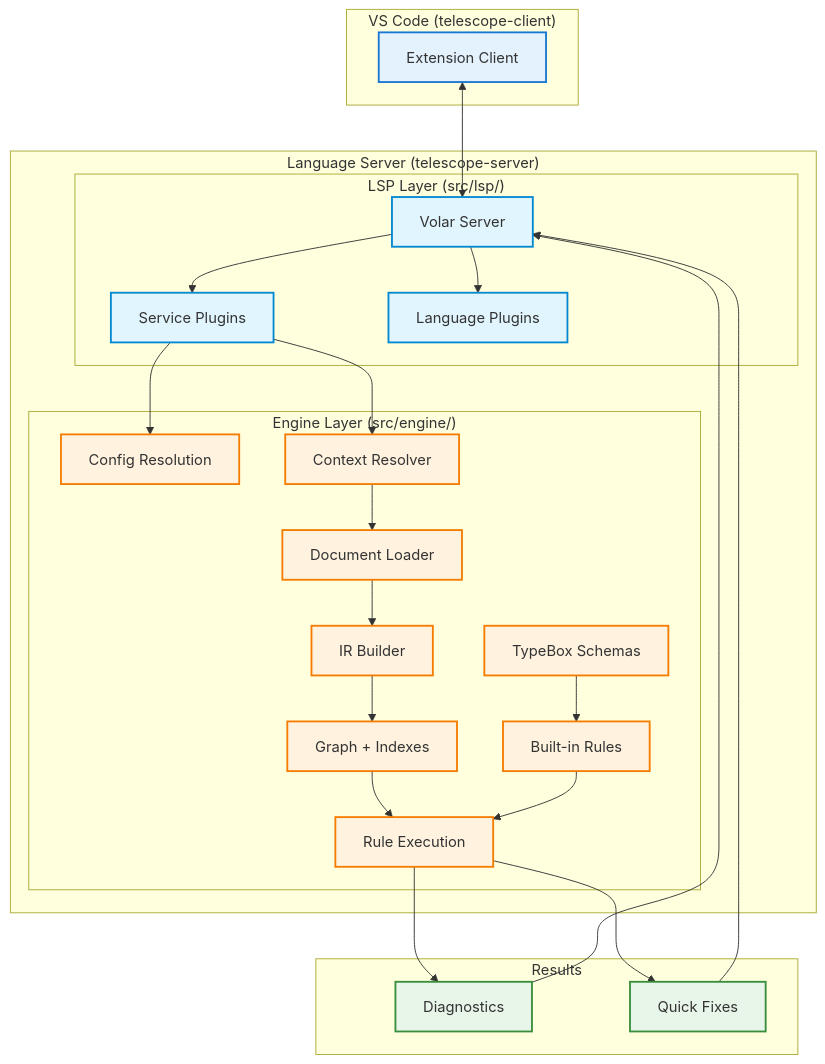
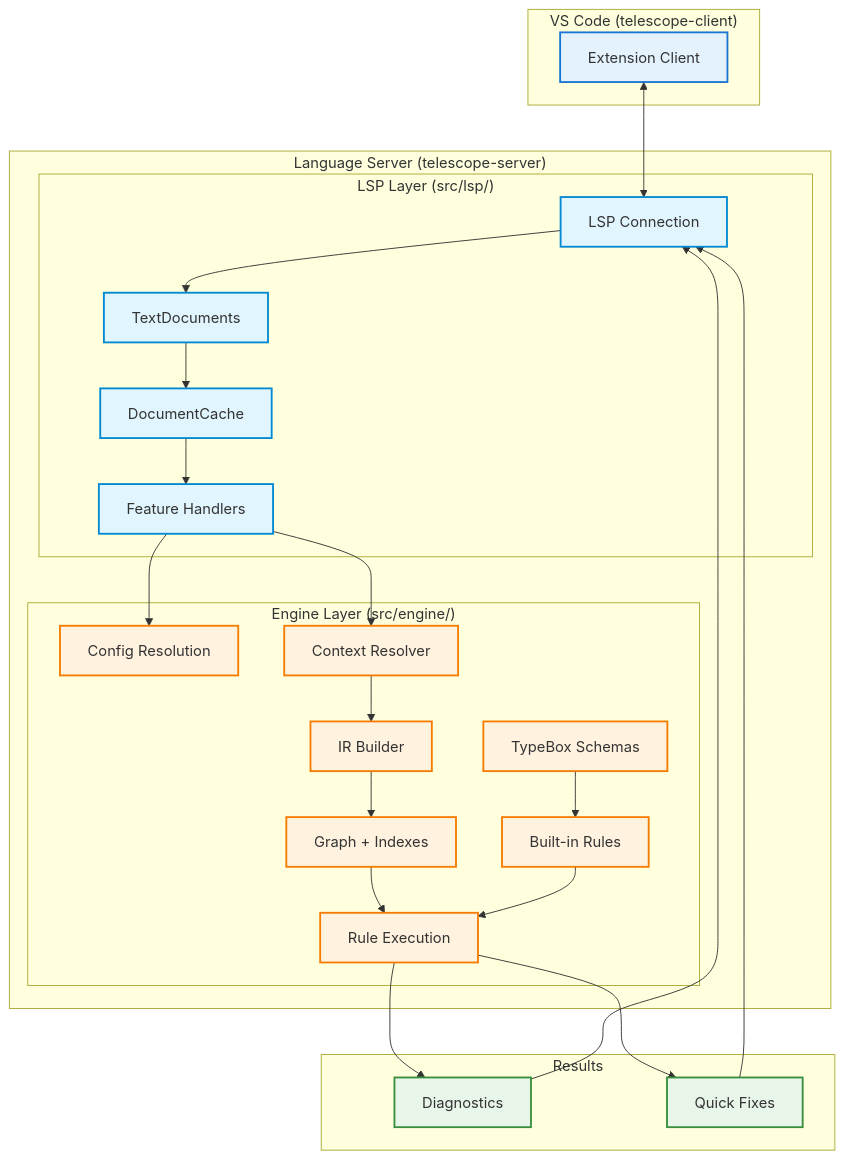
One commit to sailpoint-oss/telescope changed the first of 2 diagrams in ARCHITECTURE.md. Above: the diagram before and after it, drawn with Mermaid. The commit also changed other lines of this file and 126 other files, not shown here.

````diff
--- a/ARCHITECTURE.md
+++ b/ARCHITECTURE.md
@@ -44,58 +54,58 @@
 ```mermaid
 flowchart TB
     subgraph Client["VS Code (telescope-client)"]
         Extension[Extension Client]
     end
 
     subgraph Server["Language Server (telescope-server)"]
         subgraph LSP["LSP Layer (src/lsp/)"]
-            VolarServer["Volar Server"]
-            Services["Service Plugins"]
-            Languages["Language Plugins"]
+            Connection["LSP Connection"]
+            TextDocs["TextDocuments"]
+            Cache["DocumentCache"]
+            Handlers["Feature Handlers"]
         end
 
         subgraph Engine["Engine Layer (src/engine/)"]
             Config["Config Resolution"]
             Context["Context Resolver"]
-            Loader["Document Loader"]
             IR["IR Builder"]
             Indexes["Graph + Indexes"]
             Execution["Rule Execution"]
             Rules["Built-in Rules"]
             Schemas["TypeBox Schemas"]
         end
     end
 
     subgraph Output["Results"]
         Diagnostics["Diagnostics"]
         Fixes["Quick Fixes"]
     end
 
-    Extension <--> VolarServer
-    VolarServer --> Services
-    VolarServer --> Languages
+    Extension <--> Connection
+    Connection --> TextDocs
+    TextDocs --> Cache
+    Cache --> Handlers
 
-    Services --> Config
-    Services --> Context
-    Context --> Loader
-    Loader --> IR
+    Handlers --> Config
+    Handlers --> Context
+    Context --> IR
     IR --> Indexes
     Indexes --> Execution
     Rules --> Execution
     Schemas --> Rules
 
     Execution --> Diagnostics
     Execution --> Fixes
-    Diagnostics --> VolarServer
-    Fixes --> VolarServer
+    Diagnostics --> Connection
+    Fixes --> Connection
 
     classDef client fill:#e3f2fd,stroke:#1976d2,stroke-width:2px
     classDef lsp fill:#e1f5fe,stroke:#0288d1,stroke-width:2px
     classDef engine fill:#fff3e0,stroke:#f57c00,stroke-width:2px
     classDef output fill:#e8f5e9,stroke:#388e3c,stroke-width:2px
 
     class Extension client
-    class VolarServer,Services,Languages lsp
-    class Config,Context,Loader,IR,Indexes,Execution,Rules,Schemas engine
+    class Connection,TextDocs,Cache,Handlers lsp
+    class Config,Context,IR,Indexes,Execution,Rules,Schemas engine
     class Diagnostics,Fixes output
 ```
````
